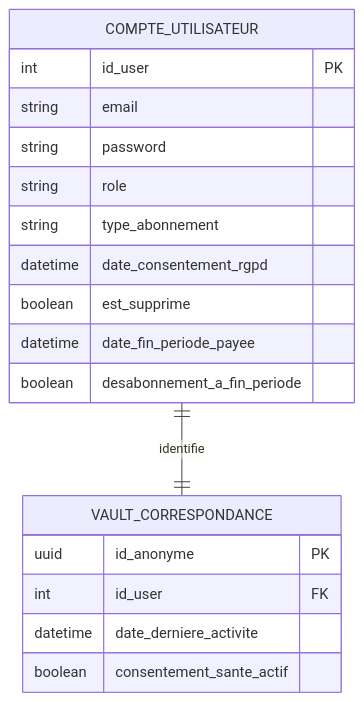
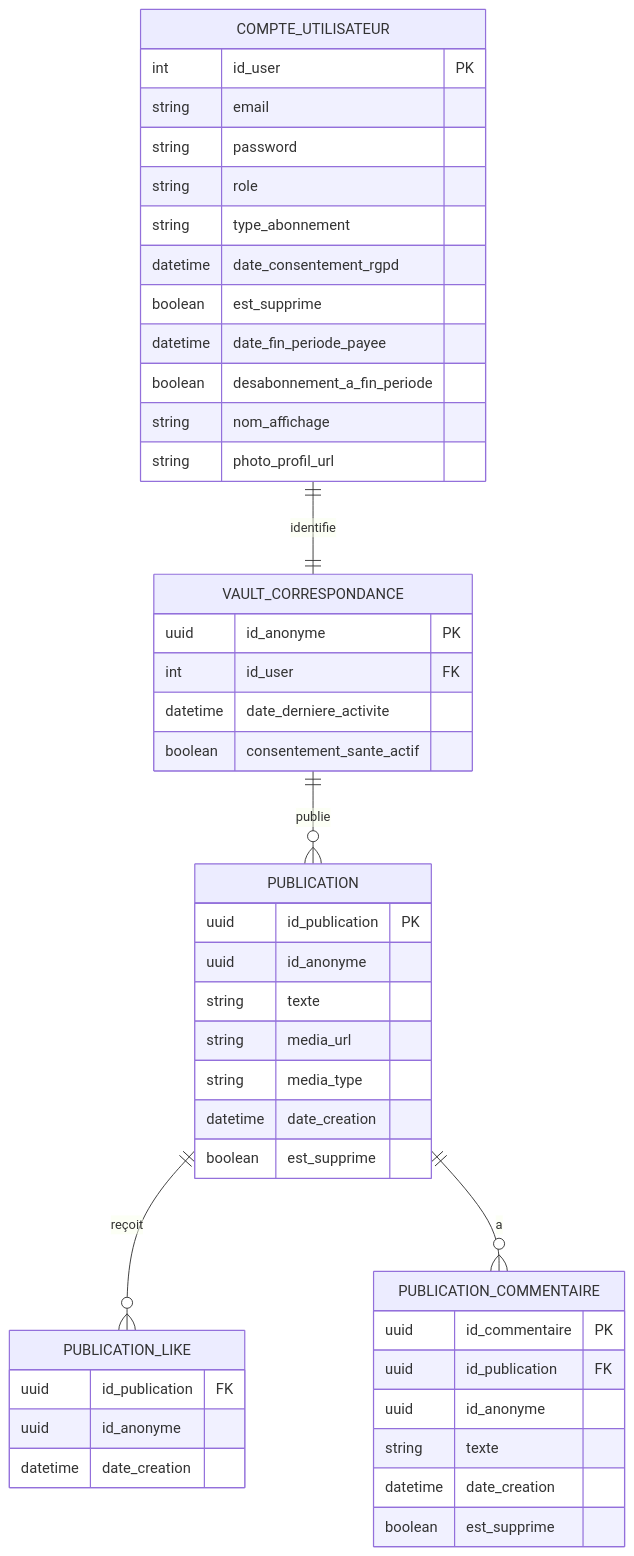
One commit to Gwendal-Ferlin/MSPR502_BDD_Python changed the third of 7 diagrams in README.md. Above: the diagram before and after it, drawn with Mermaid. The commit also changed other lines of this file and 10 other files, not shown here.

````diff
--- a/README.md
+++ b/README.md
@@ -358,21 +397,48 @@
 ```mermaid
 erDiagram
     COMPTE_UTILISATEUR ||--|| VAULT_CORRESPONDANCE : "identifie"
+    VAULT_CORRESPONDANCE ||--o{ PUBLICATION : "publie"
+    PUBLICATION ||--o{ PUBLICATION_LIKE : "reçoit"
+    PUBLICATION ||--o{ PUBLICATION_COMMENTAIRE : "a"
     COMPTE_UTILISATEUR {
         int id_user PK
         string email
         string password
         string role
         string type_abonnement
         datetime date_consentement_rgpd
         boolean est_supprime
         datetime date_fin_periode_payee
         boolean desabonnement_a_fin_periode
+        string nom_affichage
+        string photo_profil_url
     }
     VAULT_CORRESPONDANCE {
         uuid id_anonyme PK
         int id_user FK
         datetime date_derniere_activite
         boolean consentement_sante_actif
     }
+    PUBLICATION {
+        uuid id_publication PK
+        uuid id_anonyme
+        string texte
+        string media_url
+        string media_type
+        datetime date_creation
+        boolean est_supprime
+    }
+    PUBLICATION_LIKE {
+        uuid id_publication FK
+        uuid id_anonyme
+        datetime date_creation
+    }
+    PUBLICATION_COMMENTAIRE {
+        uuid id_commentaire PK
+        uuid id_publication FK
+        uuid id_anonyme
+        string texte
+        datetime date_creation
+        boolean est_supprime
+    }
 ```
````
